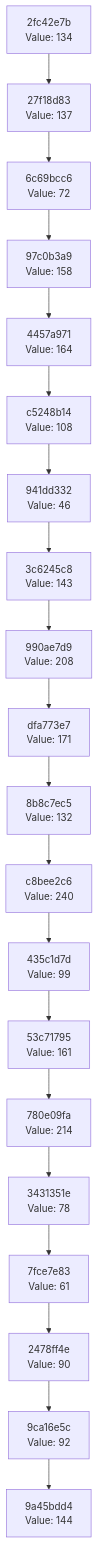
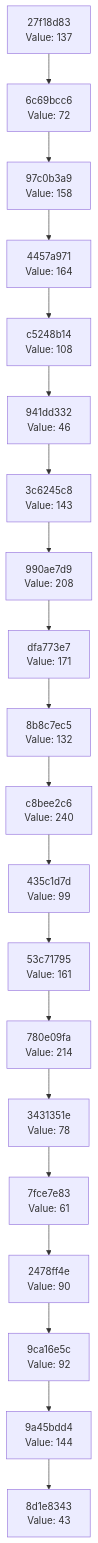
Before and after one commit to Abhisheksinha1506/hash-chain-evolver: the diagram in docs/CHAIN_VISUALIZATION.md, drawn with Mermaid. The commit also changed 2 other files, not shown here.

Commit message:
Evolution Step

````diff
--- a/docs/CHAIN_VISUALIZATION.md
+++ b/docs/CHAIN_VISUALIZATION.md
@@ -3,42 +3,42 @@
 ```mermaid
 graph TD
-    C0["9a45bdd4<br/>Value: 144"]
-    C1["9ca16e5c<br/>Value: 92"]
+    C0["8d1e8343<br/>Value: 43"]
+    C1["9a45bdd4<br/>Value: 144"]
     C1 --> C0
-    C2["2478ff4e<br/>Value: 90"]
+    C2["9ca16e5c<br/>Value: 92"]
     C2 --> C1
-    C3["7fce7e83<br/>Value: 61"]
+    C3["2478ff4e<br/>Value: 90"]
     C3 --> C2
-    C4["3431351e<br/>Value: 78"]
+    C4["7fce7e83<br/>Value: 61"]
     C4 --> C3
-    C5["780e09fa<br/>Value: 214"]
+    C5["3431351e<br/>Value: 78"]
     C5 --> C4
-    C6["53c71795<br/>Value: 161"]
+    C6["780e09fa<br/>Value: 214"]
     C6 --> C5
-    C7["435c1d7d<br/>Value: 99"]
+    C7["53c71795<br/>Value: 161"]
     C7 --> C6
-    C8["c8bee2c6<br/>Value: 240"]
+    C8["435c1d7d<br/>Value: 99"]
     C8 --> C7
-    C9["8b8c7ec5<br/>Value: 132"]
+    C9["c8bee2c6<br/>Value: 240"]
     C9 --> C8
-    C10["dfa773e7<br/>Value: 171"]
+    C10["8b8c7ec5<br/>Value: 132"]
     C10 --> C9
-    C11["990ae7d9<br/>Value: 208"]
+    C11["dfa773e7<br/>Value: 171"]
     C11 --> C10
-    C12["3c6245c8<br/>Value: 143"]
+    C12["990ae7d9<br/>Value: 208"]
     C12 --> C11
-    C13["941dd332<br/>Value: 46"]
+    C13["3c6245c8<br/>Value: 143"]
     C13 --> C12
-    C14["c5248b14<br/>Value: 108"]
+    C14["941dd332<br/>Value: 46"]
     C14 --> C13
-    C15["4457a971<br/>Value: 164"]
+    C15["c5248b14<br/>Value: 108"]
     C15 --> C14
-    C16["97c0b3a9<br/>Value: 158"]
+    C16["4457a971<br/>Value: 164"]
     C16 --> C15
-    C17["6c69bcc6<br/>Value: 72"]
+    C17["97c0b3a9<br/>Value: 158"]
     C17 --> C16
-    C18["27f18d83<br/>Value: 137"]
+    C18["6c69bcc6<br/>Value: 72"]
     C18 --> C17
-    C19["2fc42e7b<br/>Value: 134"]
+    C19["27f18d83<br/>Value: 137"]
     C19 --> C18
 ```
````
